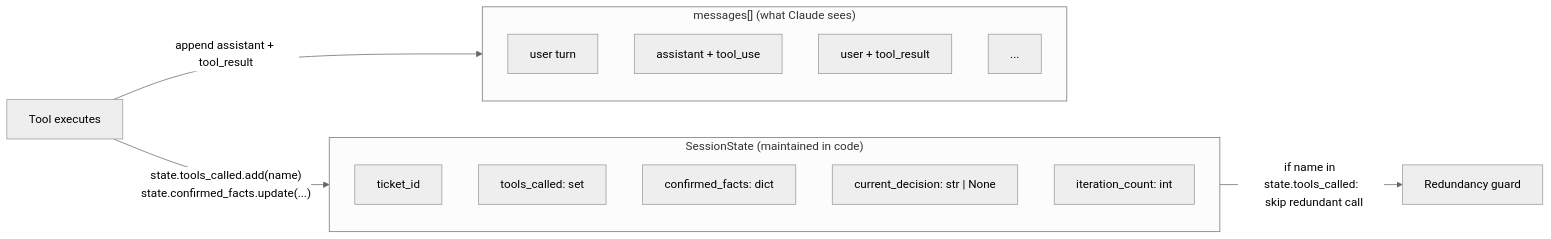
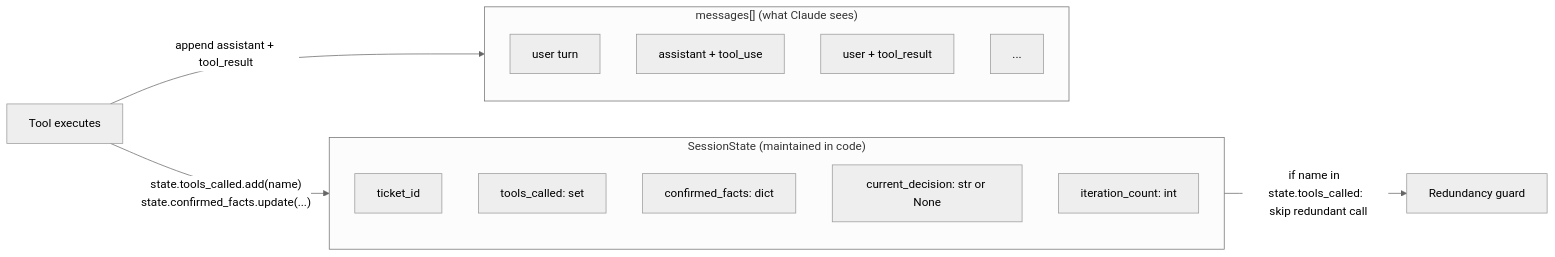
The fifth of 8 diagrams in labs/week-2-agentic-architecture-part1/README.md (wb-platform-engineering-lab/anthropic-certified-architect-lab), drawn with Mermaid (neutral theme) before and after one commit. The commit also changed other lines of this file, not shown here.

````diff
--- a/labs/week-2-agentic-architecture-part1/README.md
+++ b/labs/week-2-agentic-architecture-part1/README.md
@@ -169,22 +564,22 @@
 ```mermaid
 flowchart LR
     subgraph State ["SessionState (maintained in code)"]
         S1["ticket_id"]
         S2["tools_called: set"]
         S3["confirmed_facts: dict"]
-        S4["current_decision: str | None"]
+        S4["current_decision: str or None"]
         S5["iteration_count: int"]
     end
 
     subgraph History ["messages[] (what Claude sees)"]
         H1["user turn"]
         H2["assistant + tool_use"]
         H3["user + tool_result"]
         H4["..."]
     end
 
     ToolCall["Tool executes"] -->|"state.tools_called.add(name)\nstate.confirmed_facts.update(...)"| State
     ToolCall -->|"append assistant + tool_result"| History
 
     State -->|"if name in state.tools_called:\n  skip redundant call"| Guard["Redundancy guard"]
 ```
````
